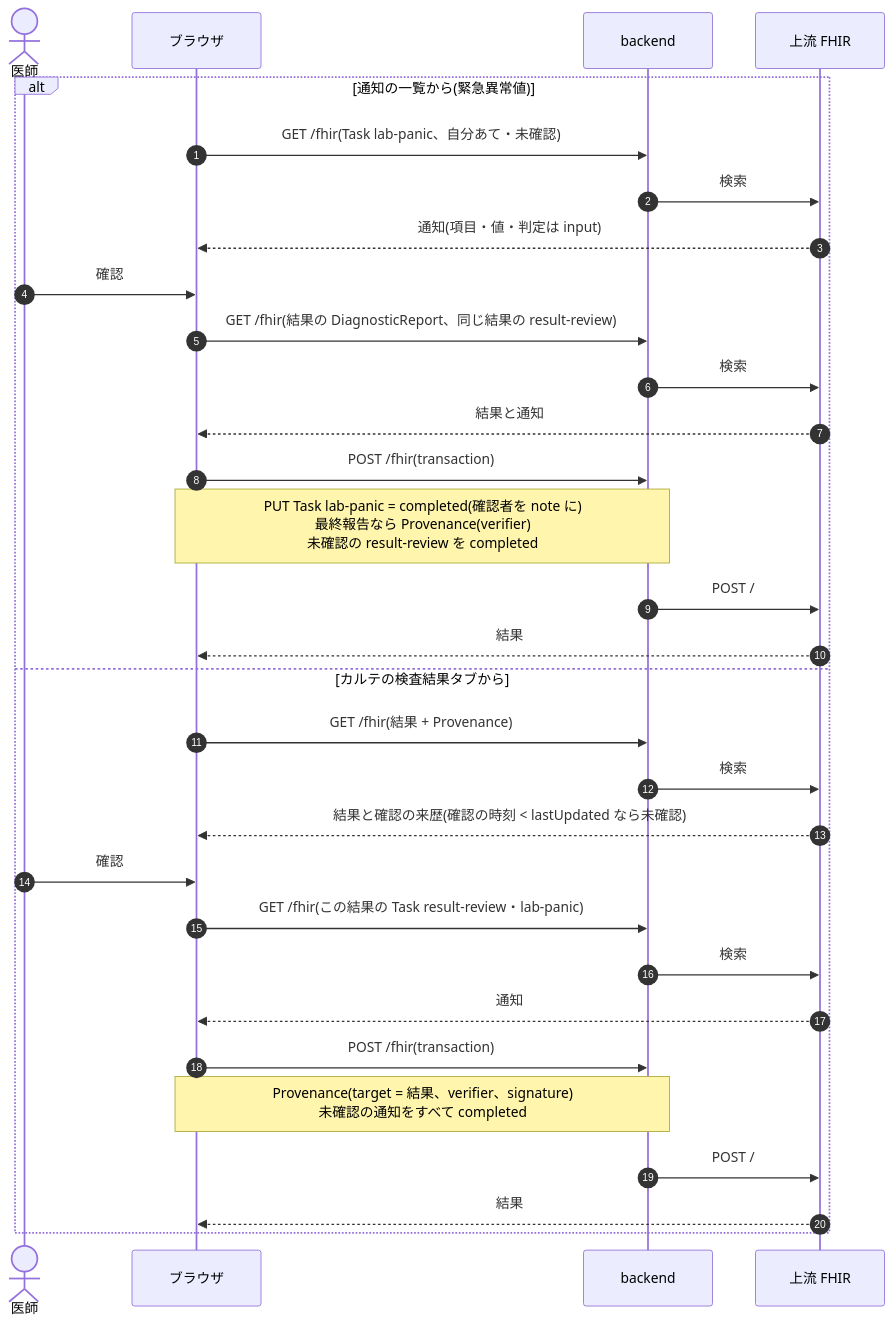
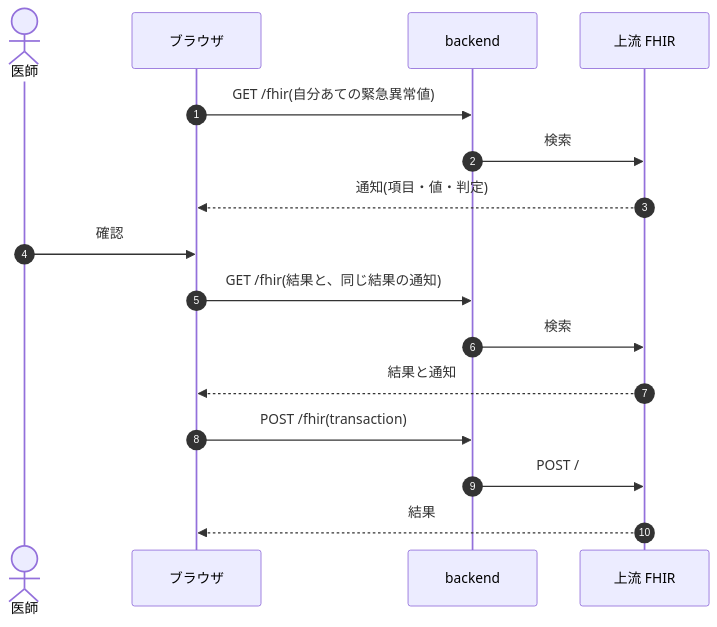
Diagram 13 of 14 in docs/dev/lab.md (ysnr-dev/fhir-client-docs), drawn with Mermaid before and after one commit. The commit also changed other lines of this file and 43 other files, not shown here.

Commit message:
docs: 業務フローとシーケンス図を写し直し

````diff
--- a/docs/dev/lab.md
+++ b/docs/dev/lab.md
@@ -294,34 +513,19 @@
 ```mermaid
 sequenceDiagram
   autonumber
   actor Dr as 医師
   participant UI as ブラウザ
   participant BE as backend
   participant FHIR as 上流 FHIR
 
-  alt 通知の一覧から(緊急異常値)
-    UI->>BE: GET /fhir(Task lab-panic、自分あて・未確認)
-    BE->>FHIR: 検索
-    FHIR-->>UI: 通知(項目・値・判定は input)
-    Dr->>UI: 確認
-    UI->>BE: GET /fhir(結果の DiagnosticReport、同じ結果の result-review)
-    BE->>FHIR: 検索
-    FHIR-->>UI: 結果と通知
-    UI->>BE: POST /fhir(transaction)
-    Note over UI,BE: PUT Task lab-panic = completed(確認者を note に)<br/>最終報告なら Provenance(verifier)<br/>未確認の result-review を completed
-    BE->>FHIR: POST /
-    FHIR-->>UI: 結果
-  else カルテの検査結果タブから
-    UI->>BE: GET /fhir(結果 + Provenance)
-    BE->>FHIR: 検索
-    FHIR-->>UI: 結果と確認の来歴(確認の時刻 < lastUpdated なら未確認)
-    Dr->>UI: 確認
-    UI->>BE: GET /fhir(この結果の Task result-review・lab-panic)
-    BE->>FHIR: 検索
-    FHIR-->>UI: 通知
-    UI->>BE: POST /fhir(transaction)
-    Note over UI,BE: Provenance(target = 結果、verifier、signature)<br/>未確認の通知をすべて completed
-    BE->>FHIR: POST /
-    FHIR-->>UI: 結果
-  end
+  UI->>BE: GET /fhir(自分あての緊急異常値)
+  BE->>FHIR: 検索
+  FHIR-->>UI: 通知(項目・値・判定)
+  Dr->>UI: 確認
+  UI->>BE: GET /fhir(結果と、同じ結果の通知)
+  BE->>FHIR: 検索
+  FHIR-->>UI: 結果と通知
+  UI->>BE: POST /fhir(transaction)
+  BE->>FHIR: POST /
+  FHIR-->>UI: 結果
 ```
````
